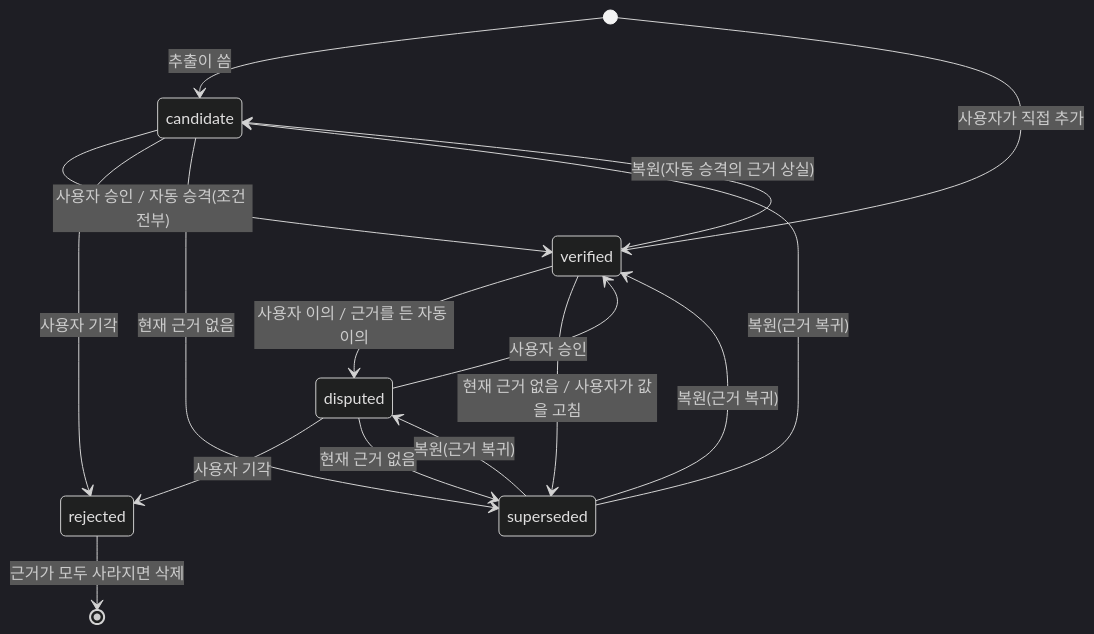
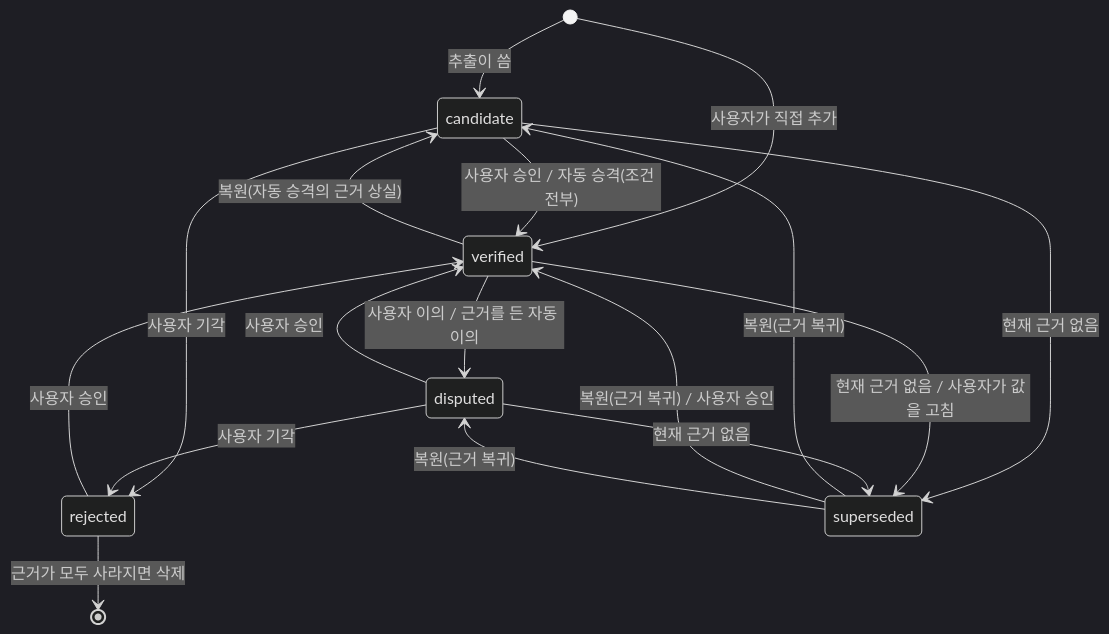
Before and after one commit to nohdol97/PKI: the first of 4 diagrams in docs/specs/2026-11-22-S01-semantic-registry.md, drawn with Mermaid (dark theme). The commit also changed other lines of this file, not shown here.

````diff
--- a/docs/specs/2026-11-22-S01-semantic-registry.md
+++ b/docs/specs/2026-11-22-S01-semantic-registry.md
@@ -278,18 +283,19 @@
 ```mermaid
 stateDiagram-v2
   [*] --> candidate: 추출이 씀
   [*] --> verified: 사용자가 직접 추가
   candidate --> verified: 사용자 승인 / 자동 승격(조건 전부)
   candidate --> rejected: 사용자 기각
   verified --> disputed: 사용자 이의 / 근거를 든 자동 이의
   disputed --> verified: 사용자 승인
   disputed --> rejected: 사용자 기각
   candidate --> superseded: 현재 근거 없음
   verified --> superseded: 현재 근거 없음 / 사용자가 값을 고침
   disputed --> superseded: 현재 근거 없음
   superseded --> candidate: 복원(근거 복귀)
-  superseded --> verified: 복원(근거 복귀)
+  superseded --> verified: 복원(근거 복귀) / 사용자 승인
+  rejected --> verified: 사용자 승인
   superseded --> disputed: 복원(근거 복귀)
   verified --> candidate: 복원(자동 승격의 근거 상실)
   rejected --> [*]: 근거가 모두 사라지면 삭제
 ```
````
